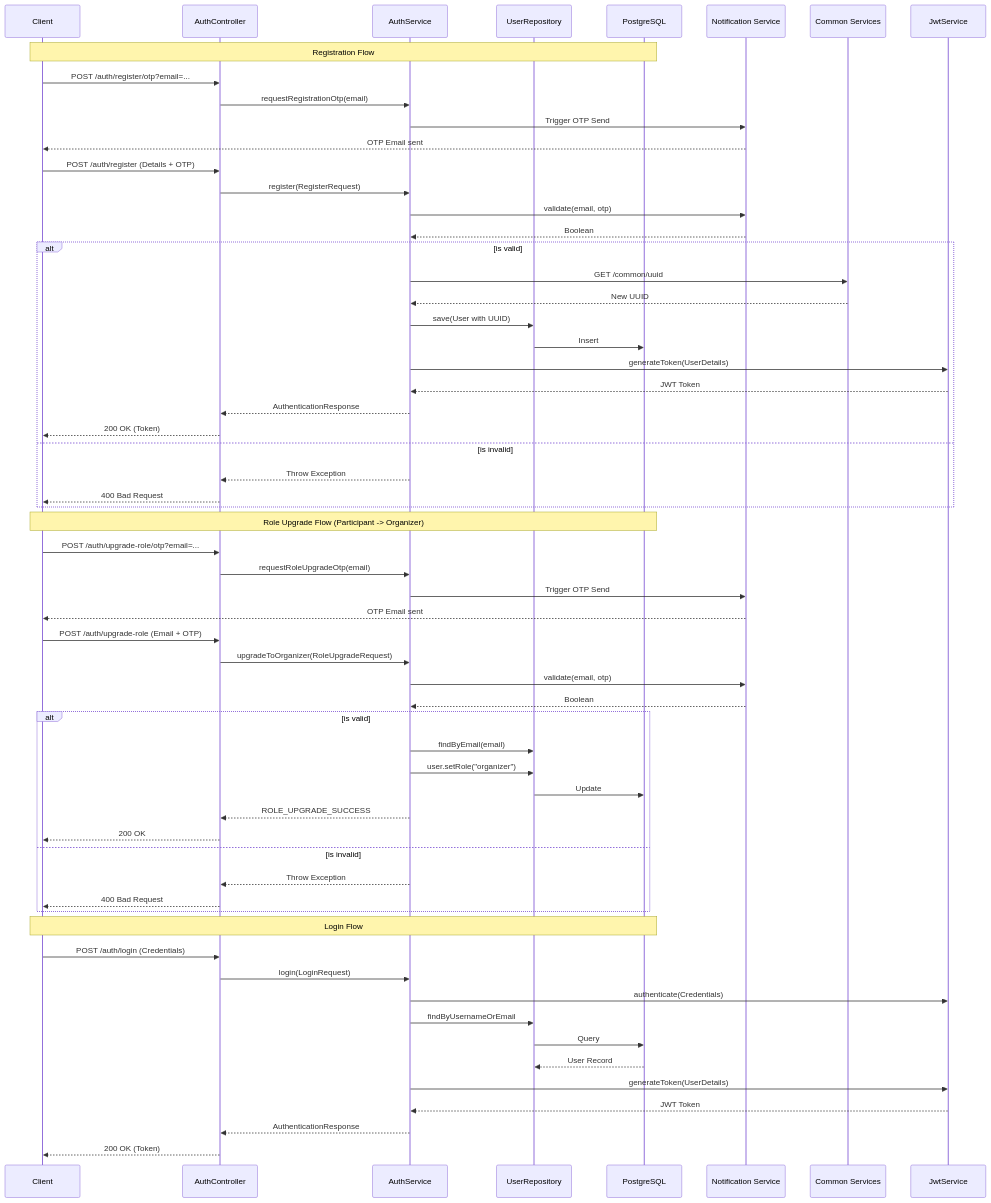
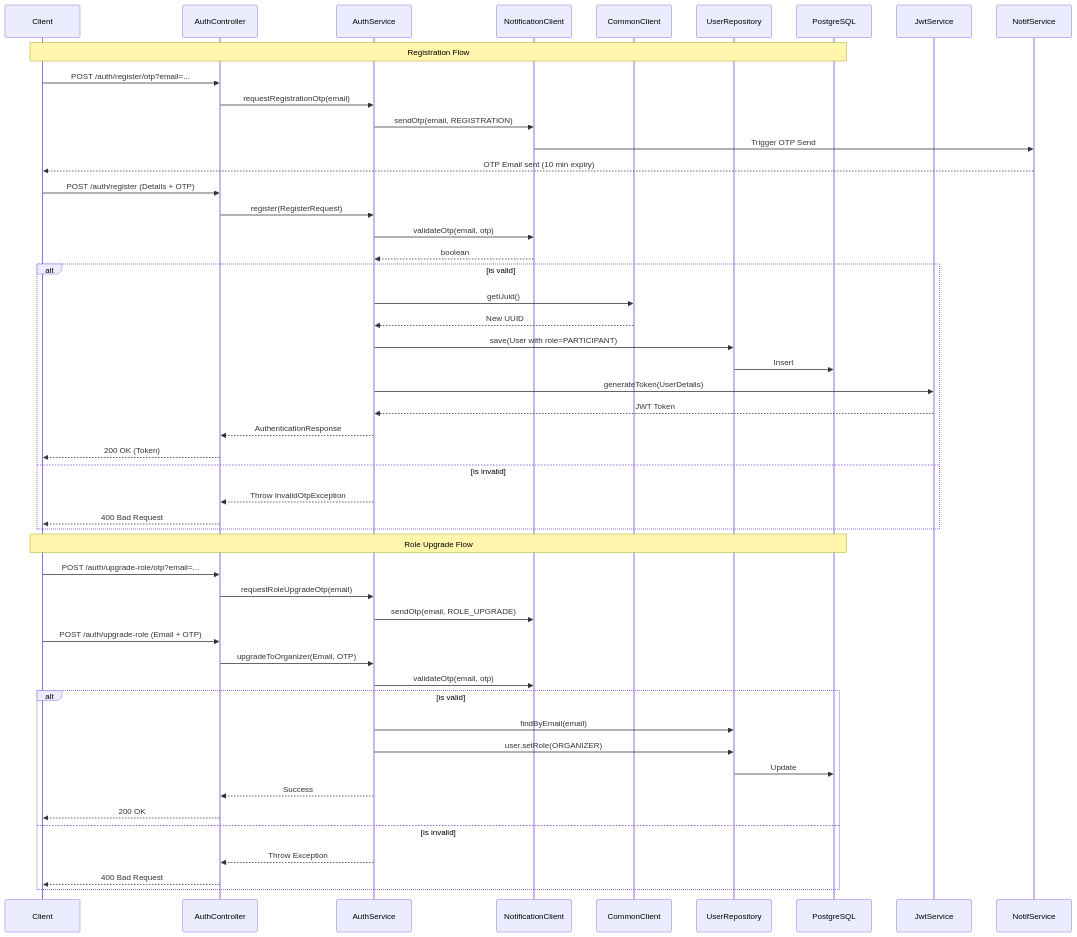
One commit to ulthimanju/EHUB changed the diagram in uml/auth-flow.mermaid. Above: the diagram before and after it, drawn with Mermaid. The commit also changed 32 other files, not shown here.

First line of the commit message:
Refactor backend for maintainability and update UML diagrams

```diff
--- a/uml/auth-flow.mermaid
+++ b/uml/auth-flow.mermaid
@@ -1,64 +1,55 @@
 sequenceDiagram
     participant Client
     participant Controller as AuthController
     participant Service as AuthService
+    participant NotifClient as NotificationClient
+    participant CommonClient as CommonClient
     participant Repository as UserRepository
     participant DB as PostgreSQL
-    participant Notif as Notification Service
-    participant Common as Common Services
     participant Security as JwtService
 
     Note over Client, DB: Registration Flow
     Client->>Controller: POST /auth/register/otp?email=...
     Controller->>Service: requestRegistrationOtp(email)
-    Service->>Notif: Trigger OTP Send
-    Notif-->>Client: OTP Email sent
+    Service->>NotifClient: sendOtp(email, REGISTRATION)
+    NotifClient->>NotifService: Trigger OTP Send
+    NotifService-->>Client: OTP Email sent (10 min expiry)
+    
     Client->>Controller: POST /auth/register (Details + OTP)
     Controller->>Service: register(RegisterRequest)
-    Service->>Notif: validate(email, otp)
-    Notif-->>Service: Boolean
+    Service->>NotifClient: validateOtp(email, otp)
+    NotifClient-->>Service: boolean
+    
     alt is valid
-        Service->>Common: GET /common/uuid
-        Common-->>Service: New UUID
-        Service->>Repository: save(User with UUID)
+        Service->>CommonClient: getUuid()
+        CommonClient-->>Service: New UUID
+        Service->>Repository: save(User with role=PARTICIPANT)
         Repository->>DB: Insert
         Service->>Security: generateToken(UserDetails)
         Security-->>Service: JWT Token
         Service-->>Controller: AuthenticationResponse
         Controller-->>Client: 200 OK (Token)
     else is invalid
-        Service-->>Controller: Throw Exception
+        Service-->>Controller: Throw InvalidOtpException
         Controller-->>Client: 400 Bad Request
     end
 
-    Note over Client, DB: Role Upgrade Flow (Participant -> Organizer)
+    Note over Client, DB: Role Upgrade Flow
     Client->>Controller: POST /auth/upgrade-role/otp?email=...
     Controller->>Service: requestRoleUpgradeOtp(email)
-    Service->>Notif: Trigger OTP Send
-    Notif-->>Client: OTP Email sent
+    Service->>NotifClient: sendOtp(email, ROLE_UPGRADE)
+    
     Client->>Controller: POST /auth/upgrade-role (Email + OTP)
-    Controller->>Service: upgradeToOrganizer(RoleUpgradeRequest)
-    Service->>Notif: validate(email, otp)
-    Notif-->>Service: Boolean
+    Controller->>Service: upgradeToOrganizer(Email, OTP)
+    Service->>NotifClient: validateOtp(email, otp)
+    
     alt is valid
         Service->>Repository: findByEmail(email)
-        Service->>Repository: user.setRole("organizer")
+        Service->>Repository: user.setRole(ORGANIZER)
         Repository->>DB: Update
-        Service-->>Controller: ROLE_UPGRADE_SUCCESS
+        Service-->>Controller: Success
         Controller-->>Client: 200 OK
     else is invalid
         Service-->>Controller: Throw Exception
         Controller-->>Client: 400 Bad Request
     end
-
-    Note over Client, DB: Login Flow
-    Client->>Controller: POST /auth/login (Credentials)
-    Controller->>Service: login(LoginRequest)
-    Service->>Security: authenticate(Credentials)
-    Service->>Repository: findByUsernameOrEmail
-    Repository->>DB: Query
-    DB-->>Repository: User Record
-    Service->>Security: generateToken(UserDetails)
-    Security-->>Service: JWT Token
-    Service-->>Controller: AuthenticationResponse
-    Controller-->>Client: 200 OK (Token)
```
